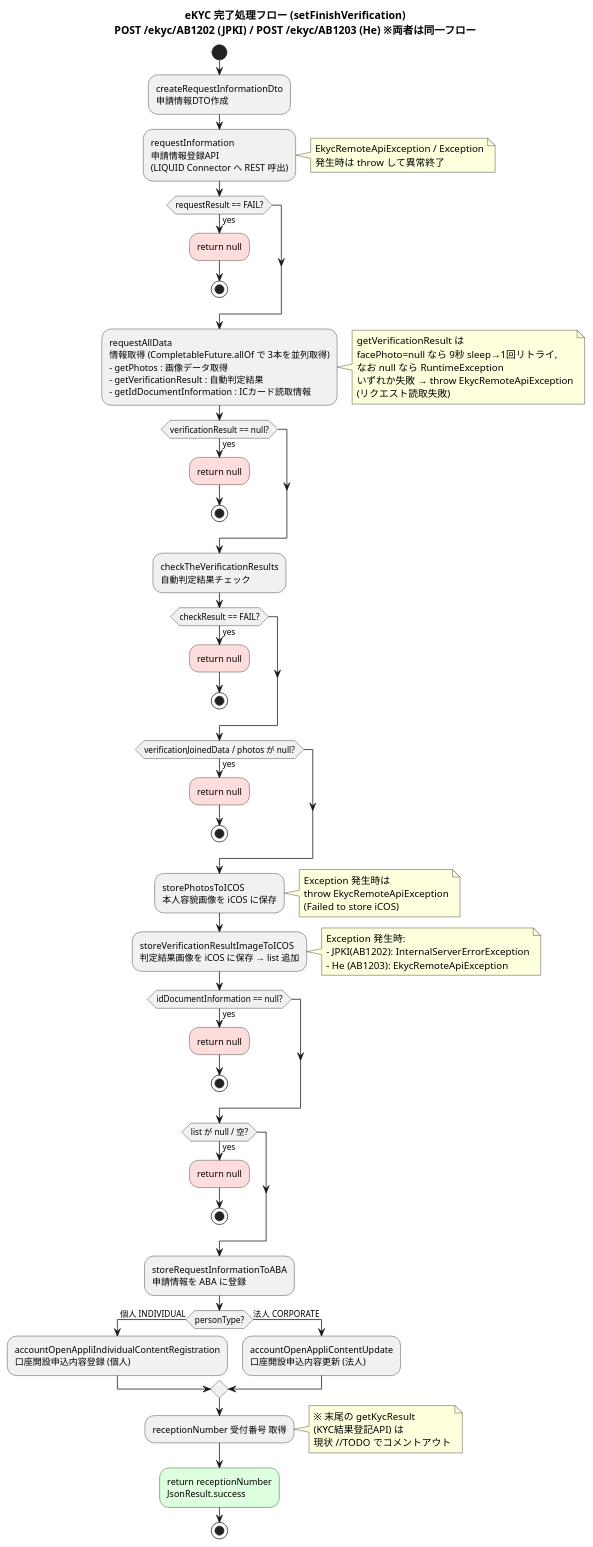
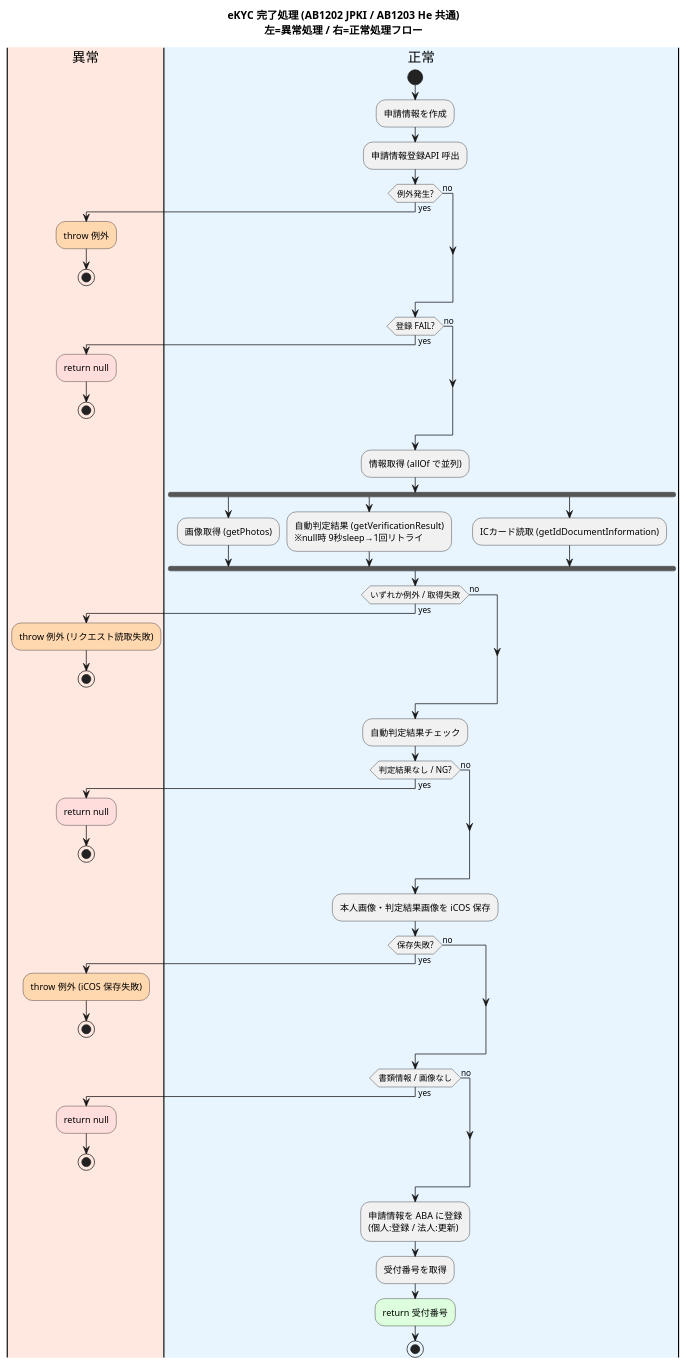
The diagram in ekyc_finish_verification.puml (zed11213/sharing-file), drawn with PlantUML before and after one commit.

```diff
--- a/ekyc_finish_verification.puml
+++ b/ekyc_finish_verification.puml
@@ -1,87 +1,75 @@
-@startuml ekyc_finish_verification
-title eKYC 完了処理フロー (setFinishVerification)\nPOST /ekyc/AB1202 (JPKI) / POST /ekyc/AB1203 (He) ※両者は同一フロー
+@startuml ekyc_finish_verification_swimlane
+title eKYC 完了処理 (AB1202 JPKI / AB1203 He 共通)\n左=異常処理 / 右=正常処理フロー
 
+|#ffe8e0|異常|
+|#e8f5ff|正常|
+
+|正常|
 start
+:申請情報を作成;
 
-:createRequestInformationDto\n申請情報DTO作成;
+:申請情報登録API 呼出;
+if (例外発生?) then (yes)
+  |異常|
+  #ffd8b0:throw 例外;
+  stop
+else (no)
+endif
 
-:requestInformation\n申請情報登録API\n(LIQUID Connector へ REST 呼出);
-note right
-  EkycRemoteApiException / Exception
-  発生時は throw して異常終了
-end note
-
-if (requestResult == FAIL?) then (yes)
+|正常|
+if (登録 FAIL?) then (yes)
+  |異常|
   #ffdddd:return null;
   stop
+else (no)
 endif
 
-:requestAllData\n情報取得 (CompletableFuture.allOf で 3本を並列取得)\n- getPhotos : 画像データ取得\n- getVerificationResult : 自動判定結果\n- getIdDocumentInformation : ICカード読取情報;
-note right
-  getVerificationResult は
-  facePhoto=null なら 9秒 sleep→1回リトライ,
-  なお null なら RuntimeException
-  いずれか失敗 → throw EkycRemoteApiException
-  (リクエスト読取失敗)
-end note
+|正常|
+:情報取得 (allOf で並列);
+fork
+  :画像取得 (getPhotos);
+fork again
+  :自動判定結果 (getVerificationResult)\n※null時 9秒sleep→1回リトライ;
+fork again
+  :ICカード読取 (getIdDocumentInformation);
+end fork
+if (いずれか例外 / 取得失敗) then (yes)
+  |異常|
+  #ffd8b0:throw 例外 (リクエスト読取失敗);
+  stop
+else (no)
+endif
 
-if (verificationResult == null?) then (yes)
+|正常|
+:自動判定結果チェック;
+if (判定結果なし / NG?) then (yes)
+  |異常|
   #ffdddd:return null;
   stop
+else (no)
 endif
 
-:checkTheVerificationResults\n自動判定結果チェック;
+|正常|
+:本人画像・判定結果画像を iCOS 保存;
+if (保存失敗?) then (yes)
+  |異常|
+  #ffd8b0:throw 例外 (iCOS 保存失敗);
+  stop
+else (no)
+endif
 
-if (checkResult == FAIL?) then (yes)
+|正常|
+if (書類情報 / 画像なし) then (yes)
+  |異常|
   #ffdddd:return null;
   stop
+else (no)
 endif
 
-if (verificationJoinedData / photos が null?) then (yes)
-  #ffdddd:return null;
-  stop
-endif
-
-:storePhotosToICOS\n本人容貌画像を iCOS に保存;
-note right
-  Exception 発生時は
-  throw EkycRemoteApiException
-  (Failed to store iCOS)
-end note
-
-:storeVerificationResultImageToICOS\n判定結果画像を iCOS に保存 → list 追加;
-note right
-  Exception 発生時:
-  - JPKI(AB1202): InternalServerErrorException
-  - He (AB1203): EkycRemoteApiException
-end note
-
-if (idDocumentInformation == null?) then (yes)
-  #ffdddd:return null;
-  stop
-endif
-
-if (list が null / 空?) then (yes)
-  #ffdddd:return null;
-  stop
-endif
-
-:storeRequestInformationToABA\n申請情報を ABA に登録;
-
-if (personType?) then (個人 INDIVIDUAL)
-  :accountOpenAppliIndividualContentRegistration\n口座開設申込内容登録 (個人);
-else (法人 CORPORATE)
-  :accountOpenAppliContentUpdate\n口座開設申込内容更新 (法人);
-endif
-
-:receptionNumber 受付番号 取得;
-note right
-  ※ 末尾の getKycResult
-  (KYC結果登記API) は
-  現状 //TODO でコメントアウト
-end note
-
-#ddffdd:return receptionNumber\nJsonResult.success;
+|正常|
+:申請情報を ABA に登録\n(個人:登録 / 法人:更新);
+:受付番号を取得;
+#ddffdd:return 受付番号;
 stop
 
 @enduml
```
